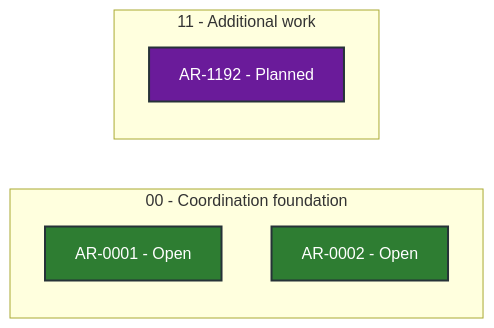
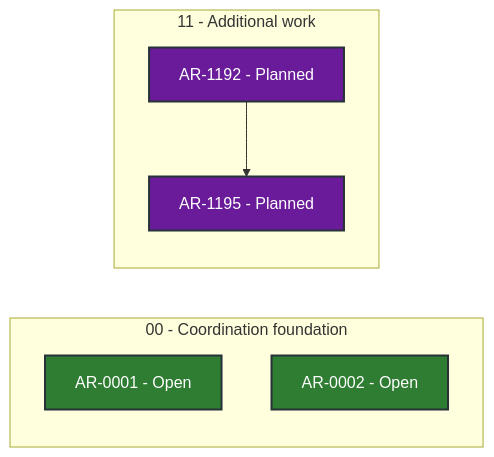
One commit to martin-beck/asb-tui-state changed the diagram in STATUS.md. Above: the diagram before and after it, drawn with Mermaid. The commit also changed other lines of this file and 2 other files, not shown here.

````diff
--- a/STATUS.md
+++ b/STATUS.md
@@ -27,20 +27,22 @@
 ```mermaid
 flowchart LR
     subgraph series_00["00 - Coordination foundation"]
         direction TB
         AR_0001["AR-0001 - Open"]:::status_open
         AR_0002["AR-0002 - Open"]:::status_open
     end
     subgraph series_11["11 - Additional work"]
         direction TB
         AR_1192["AR-1192 - Planned"]:::status_planned
+        AR_1195["AR-1195 - Planned"]:::status_planned
     end
+    AR_1192 --> AR_1195
     classDef status_in_progress fill:#1565c0,color:#ffffff,stroke:#263238,stroke-width:2px
     classDef status_open fill:#2e7d32,color:#ffffff,stroke:#263238,stroke-width:2px
     classDef status_blocked fill:#c62828,color:#ffffff,stroke:#263238,stroke-width:2px
     classDef status_planned fill:#6a1b9a,color:#ffffff,stroke:#263238,stroke-width:2px
     classDef status_future fill:#455a64,color:#ffffff,stroke:#263238,stroke-width:2px
     classDef status_done fill:#00695c,color:#ffffff,stroke:#263238,stroke-width:2px
     classDef status_cancelled fill:#616161,color:#ffffff,stroke:#263238,stroke-width:2px
     classDef status_superseded fill:#5d4037,color:#ffffff,stroke:#263238,stroke-width:2px
 ```
````
